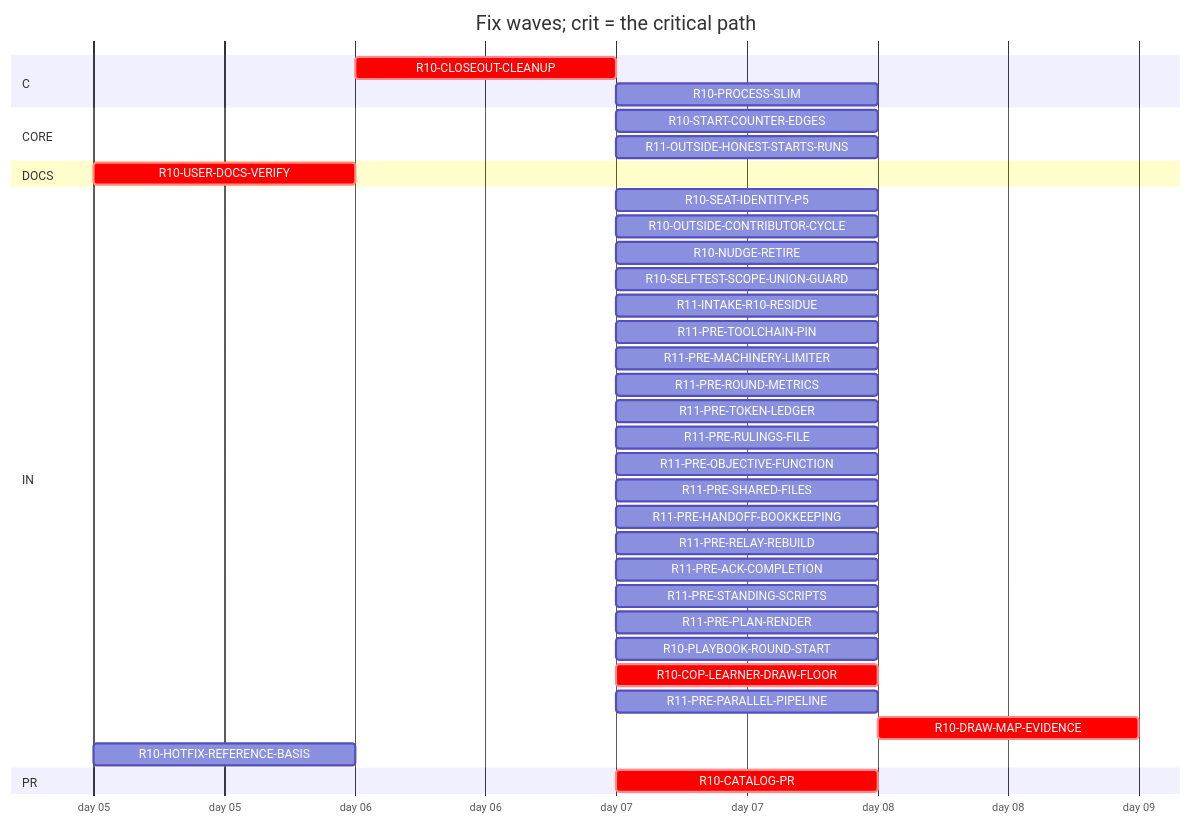
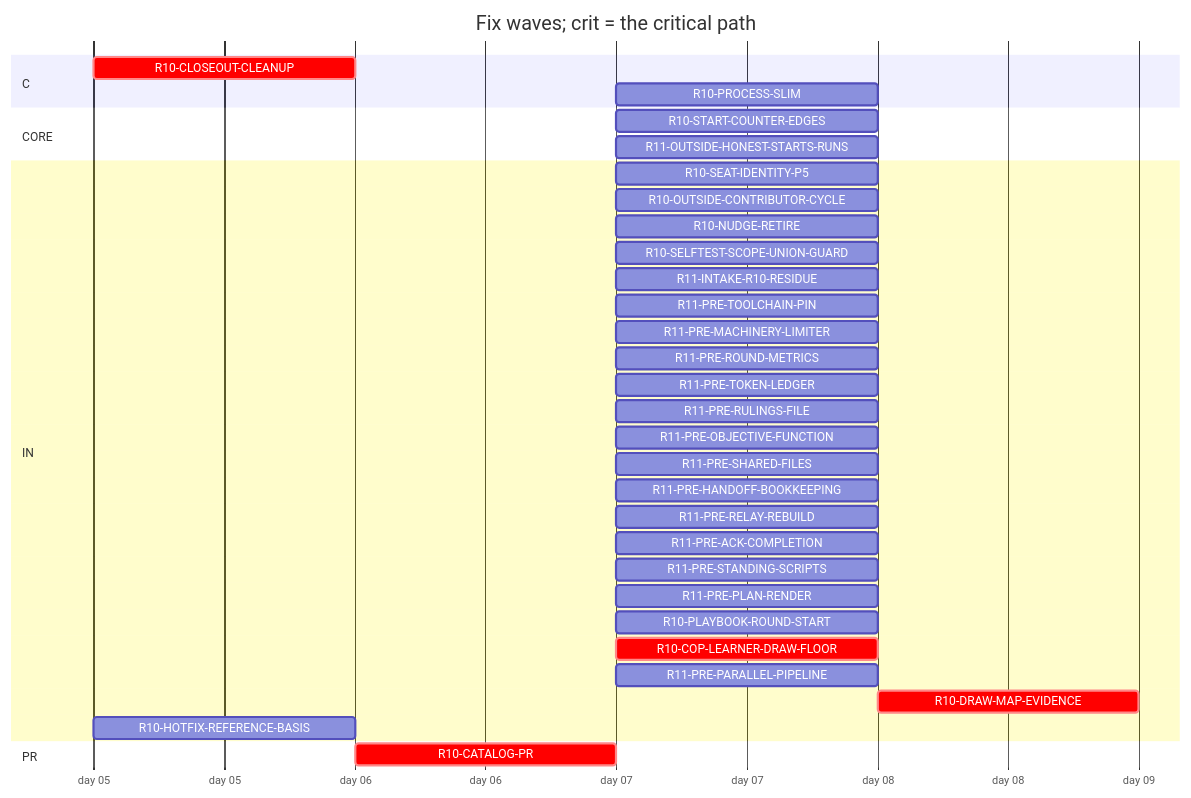
The diagram in handoff/round10/state/PLAN-TABLE.md (tvofi/heatpump_optimizer), drawn with Mermaid before and after one commit. The commit also changed other lines of this file and 4 other files, not shown here.

Commit message:
state: FLOW-BOARD.md, NEXT-SESSION-PROMPT.md, PLAN-TABLE.md, PLAN.html, RESUME-CURRENT.md regenerated (state_docs.py)

````diff
--- a/handoff/round10/state/PLAN-TABLE.md
+++ b/handoff/round10/state/PLAN-TABLE.md
@@ -18,39 +17,37 @@
 ```mermaid
 gantt
   title Fix waves; crit = the critical path
   dateFormat YYYY-MM-DD
   axisFormat day %d
   section C
-    R10-CLOSEOUT-CLEANUP :crit, r10CLOSEOUTCLEANUP, after r10USERDOCSVERIFY, 1d
+    R10-CLOSEOUT-CLEANUP :crit, r10CLOSEOUTCLEANUP, 2026-01-05, 1d
     R10-PROCESS-SLIM :r10PROCESSSLIM, after r10CATALOGPR, 1d
   section CORE
     R10-START-COUNTER-EDGES :r10STARTCOUNTEREDGES, after r10CATALOGPR, 1d
     R11-OUTSIDE-HONEST-STARTS-RUNS :r11OUTSIDEHONESTSTARTSRUNS, after r10CATALOGPR, 1d
-  section DOCS
-    R10-USER-DOCS-VERIFY :crit, r10USERDOCSVERIFY, 2026-01-05, 1d
   section IN
     R10-SEAT-IDENTITY-P5 :r10SEATIDENTITYP5, after r10CATALOGPR, 1d
     R10-OUTSIDE-CONTRIBUTOR-CYCLE :r10OUTSIDECONTRIBUTORCYCLE, after r10CATALOGPR, 1d
     R10-NUDGE-RETIRE :r10NUDGERETIRE, after r10CATALOGPR, 1d
     R10-SELFTEST-SCOPE-UNION-GUARD :r10SELFTESTSCOPEUNIONGUARD, after r10CATALOGPR, 1d
     R11-INTAKE-R10-RESIDUE :r11INTAKER10RESIDUE, after r10CATALOGPR, 1d
     R11-PRE-TOOLCHAIN-PIN :r11PRETOOLCHAINPIN, after r10CATALOGPR, 1d
     R11-PRE-MACHINERY-LIMITER :r11PREMACHINERYLIMITER, after r10CATALOGPR, 1d
     R11-PRE-ROUND-METRICS :r11PREROUNDMETRICS, after r10CATALOGPR, 1d
     R11-PRE-TOKEN-LEDGER :r11PRETOKENLEDGER, after r10CATALOGPR, 1d
     R11-PRE-RULINGS-FILE :r11PRERULINGSFILE, after r10CATALOGPR, 1d
     R11-PRE-OBJECTIVE-FUNCTION :r11PREOBJECTIVEFUNCTION, after r10CATALOGPR, 1d
     R11-PRE-SHARED-FILES :r11PRESHAREDFILES, after r10CATALOGPR, 1d
     R11-PRE-HANDOFF-BOOKKEEPING :r11PREHANDOFFBOOKKEEPING, after r10CATALOGPR, 1d
     R11-PRE-RELAY-REBUILD :r11PRERELAYREBUILD, after r10CATALOGPR, 1d
     R11-PRE-ACK-COMPLETION :r11PREACKCOMPLETION, after r10CATALOGPR, 1d
     R11-PRE-STANDING-SCRIPTS :r11PRESTANDINGSCRIPTS, after r10CATALOGPR, 1d
     R11-PRE-PLAN-RENDER :r11PREPLANRENDER, after r10CATALOGPR, 1d
     R10-PLAYBOOK-ROUND-START :r10PLAYBOOKROUNDSTART, after r10CATALOGPR, 1d
     R10-COP-LEARNER-DRAW-FLOOR :crit, r10COPLEARNERDRAWFLOOR, after r10CATALOGPR, 1d
     R11-PRE-PARALLEL-PIPELINE :r11PREPARALLELPIPELINE, after r10CATALOGPR, 1d
     R10-DRAW-MAP-EVIDENCE :crit, r10DRAWMAPEVIDENCE, after r10COPLEARNERDRAWFLOOR r10CATALOGPR, 1d
     R10-HOTFIX-REFERENCE-BASIS :r10HOTFIXREFERENCEBASIS, 2026-01-05, 1d
   section PR
-    R10-CATALOG-PR :crit, r10CATALOGPR, after r10USERDOCSVERIFY r10CLOSEOUTCLEANUP, 1d
+    R10-CATALOG-PR :crit, r10CATALOGPR, after r10CLOSEOUTCLEANUP, 1d
 ```
````
